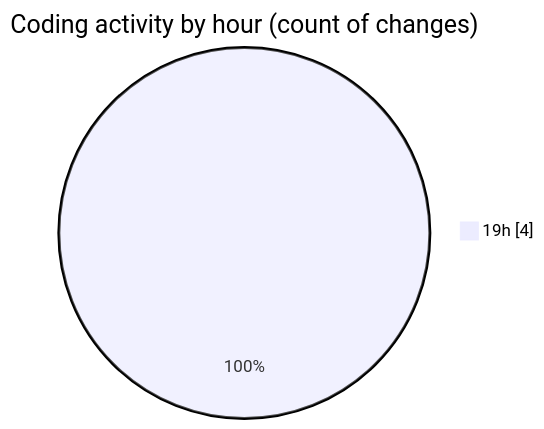
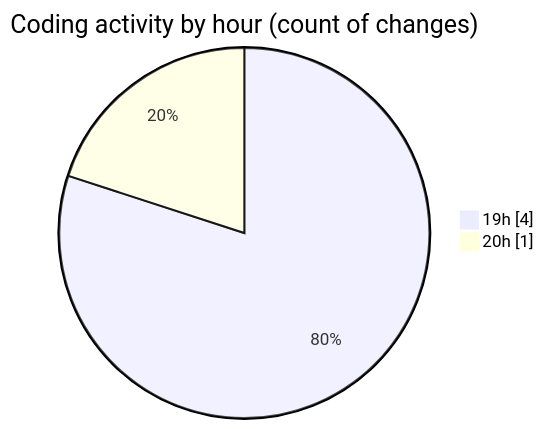
Before and after one commit to NitaiMahat/code-tracking: the second of 2 diagrams in 2025-02-22/coding_prac_7/README.md, drawn with Mermaid. The commit also changed other lines of this file and 1 other file, not shown here.

````diff
--- a/2025-02-22/coding_prac_7/README.md
+++ b/2025-02-22/coding_prac_7/README.md
@@ -28,5 +29,6 @@
 ```mermaid
 pie showData
 title Coding activity by hour (count of changes)
 "19h" : 4
+"20h" : 1
 ```
````
